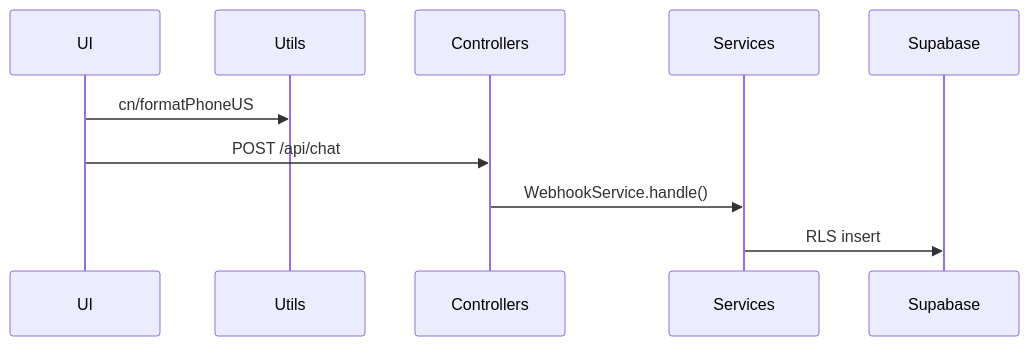
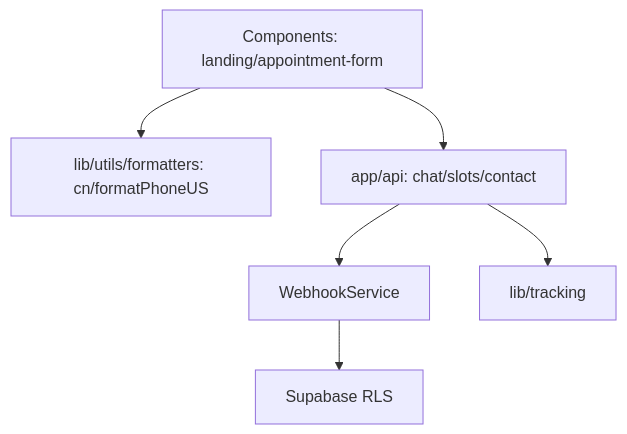
Before and after one commit to dchesque/caroline-cleaning: the third of 3 diagrams in .context/agents/documentation-writer.md, drawn with Mermaid. The commit also changed other lines of this file and 21 other files, not shown here.

````diff
--- a/.context/agents/documentation-writer.md
+++ b/.context/agents/documentation-writer.md
@@ -153,7 +169,8 @@
    ```mermaid
-   sequenceDiagram
-     UI->>Utils: cn/formatPhoneUS
-     UI->>Controllers: POST /api/chat
-     Controllers->>Services: WebhookService.handle()
-     Services->>Supabase: RLS insert
+   graph TB
+     UI[Components: landing/appointment-form] --> Utils[lib/utils/formatters: cn/formatPhoneUS]
+     UI --> Controllers[app/api: chat/slots/contact]
+     Controllers --> Services[WebhookService]
+     Services --> Supabase[Supabase RLS]
+     Controllers --> Tracking[lib/tracking]
    ```
````
